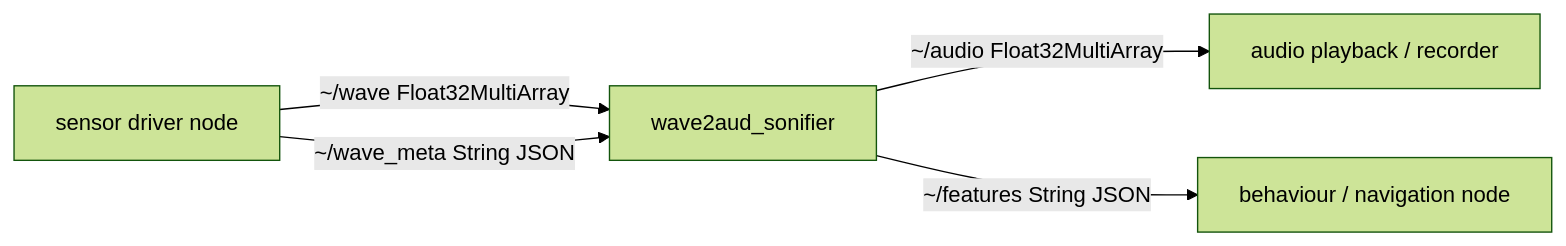
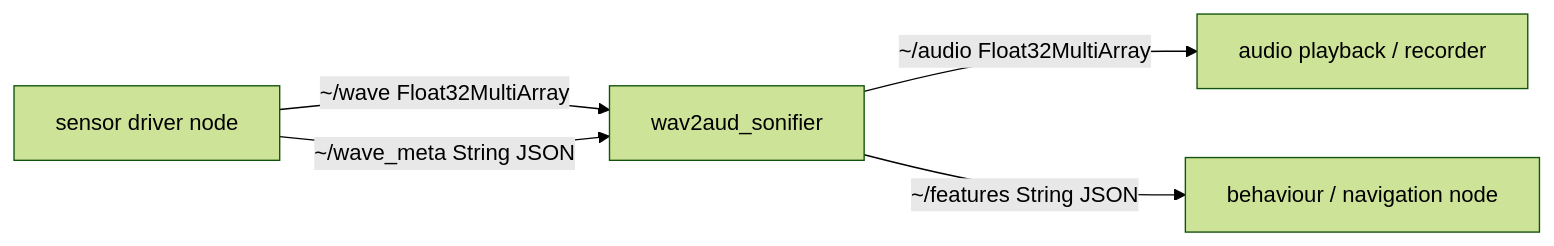
Before and after one commit to natha-ui/Wav2Aud: the second of 2 diagrams in docs/DESIGN.md, drawn with Mermaid (forest theme). The commit also changed other lines of this file and 39 other files, not shown here.

First line of the commit message:
Rename the package to Wav2Aud / wav2aud

````diff
--- a/docs/DESIGN.md
+++ b/docs/DESIGN.md
@@ -250,7 +250,7 @@
 ```mermaid
 flowchart LR
-    S[sensor driver node] -->|~/wave Float32MultiArray| N[wave2aud_sonifier]
+    S[sensor driver node] -->|~/wave Float32MultiArray| N[wav2aud_sonifier]
     S -->|~/wave_meta String JSON| N
     N -->|~/audio Float32MultiArray| P[audio playback / recorder]
     N -->|~/features String JSON| B[behaviour / navigation node]
 ```
````
